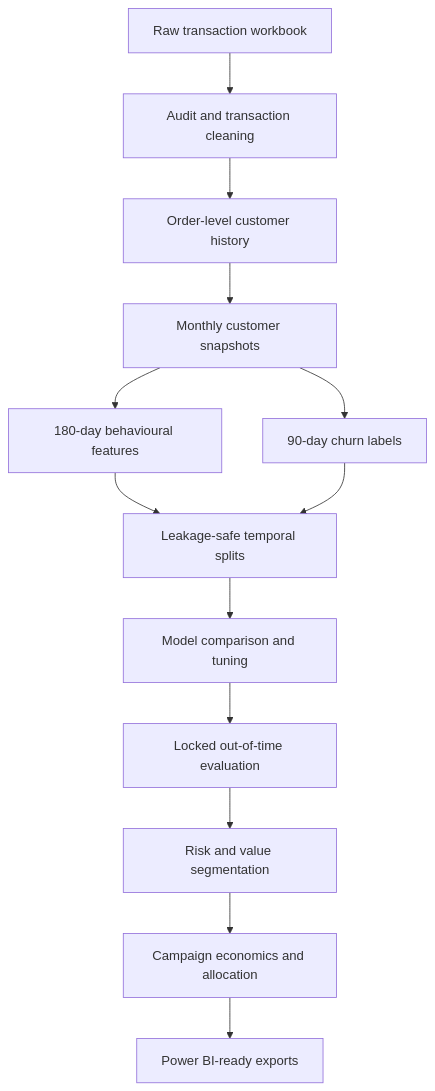
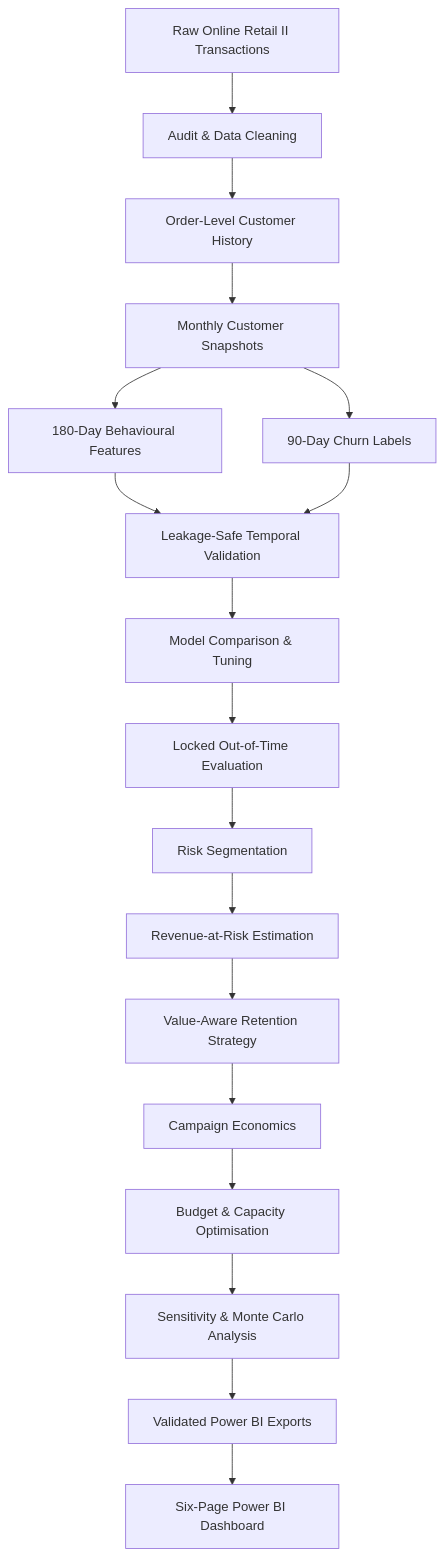
Before and after one commit to AmlaanMohanty/E-commerce_churn_retention_intelligence: the diagram in README.md, drawn with Mermaid. The commit also changed other lines of this file, not shown here.

````diff
--- a/README.md
+++ b/README.md
@@ -56,15 +253,20 @@
 ```mermaid
 flowchart TD
-    A["Raw transaction workbook"] --> B["Audit and transaction cleaning"]
-    B --> C["Order-level customer history"]
-    C --> D["Monthly customer snapshots"]
-    D --> E["180-day behavioural features"]
-    D --> F["90-day churn labels"]
-    E --> G["Leakage-safe temporal splits"]
+    A["Raw Online Retail II Transactions"] --> B["Audit & Data Cleaning"]
+    B --> C["Order-Level Customer History"]
+    C --> D["Monthly Customer Snapshots"]
+    D --> E["180-Day Behavioural Features"]
+    D --> F["90-Day Churn Labels"]
+    E --> G["Leakage-Safe Temporal Validation"]
     F --> G
-    G --> H["Model comparison and tuning"]
-    H --> I["Locked out-of-time evaluation"]
-    I --> J["Risk and value segmentation"]
-    J --> K["Campaign economics and allocation"]
-    K --> L["Power BI-ready exports"]
+    G --> H["Model Comparison & Tuning"]
+    H --> I["Locked Out-of-Time Evaluation"]
+    I --> J["Risk Segmentation"]
+    J --> K["Revenue-at-Risk Estimation"]
+    K --> L["Value-Aware Retention Strategy"]
+    L --> M["Campaign Economics"]
+    M --> N["Budget & Capacity Optimisation"]
+    N --> O["Sensitivity & Monte Carlo Analysis"]
+    O --> P["Validated Power BI Exports"]
+    P --> Q["Six-Page Power BI Dashboard"]
 ```
````
